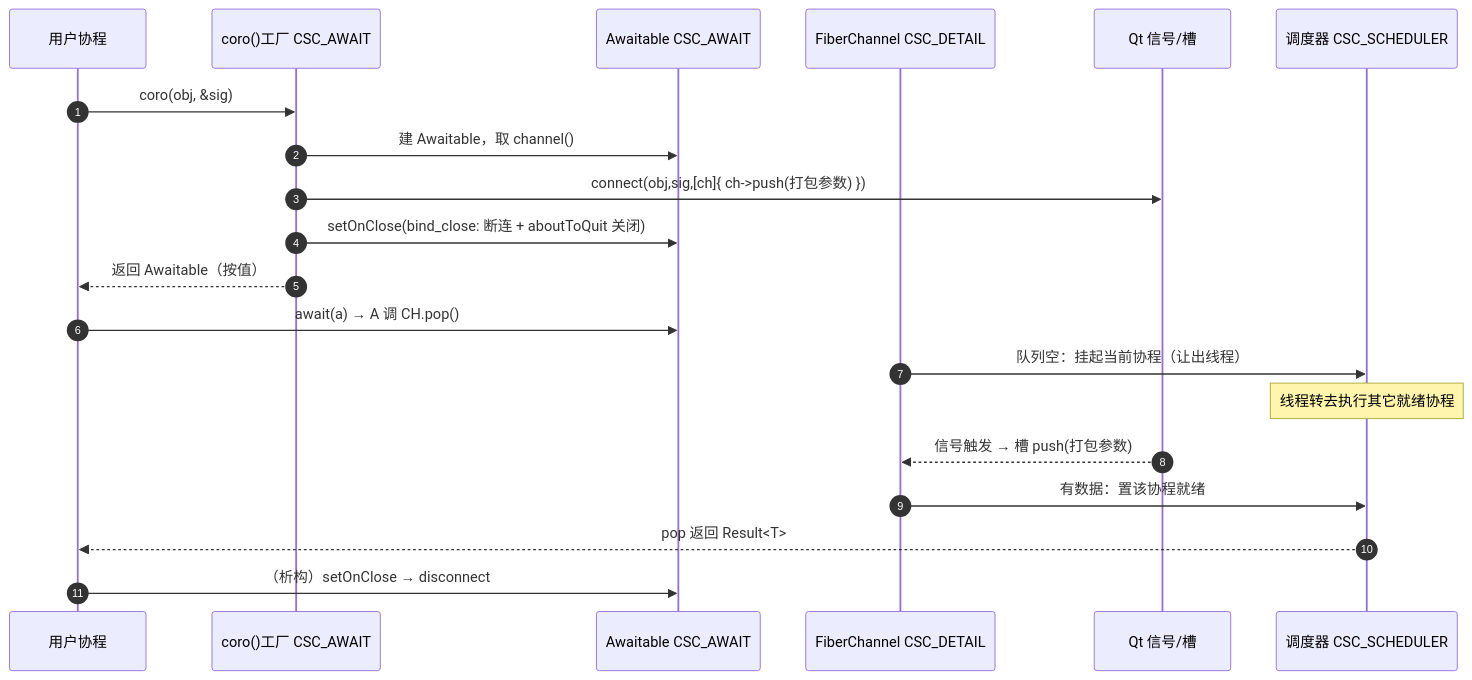
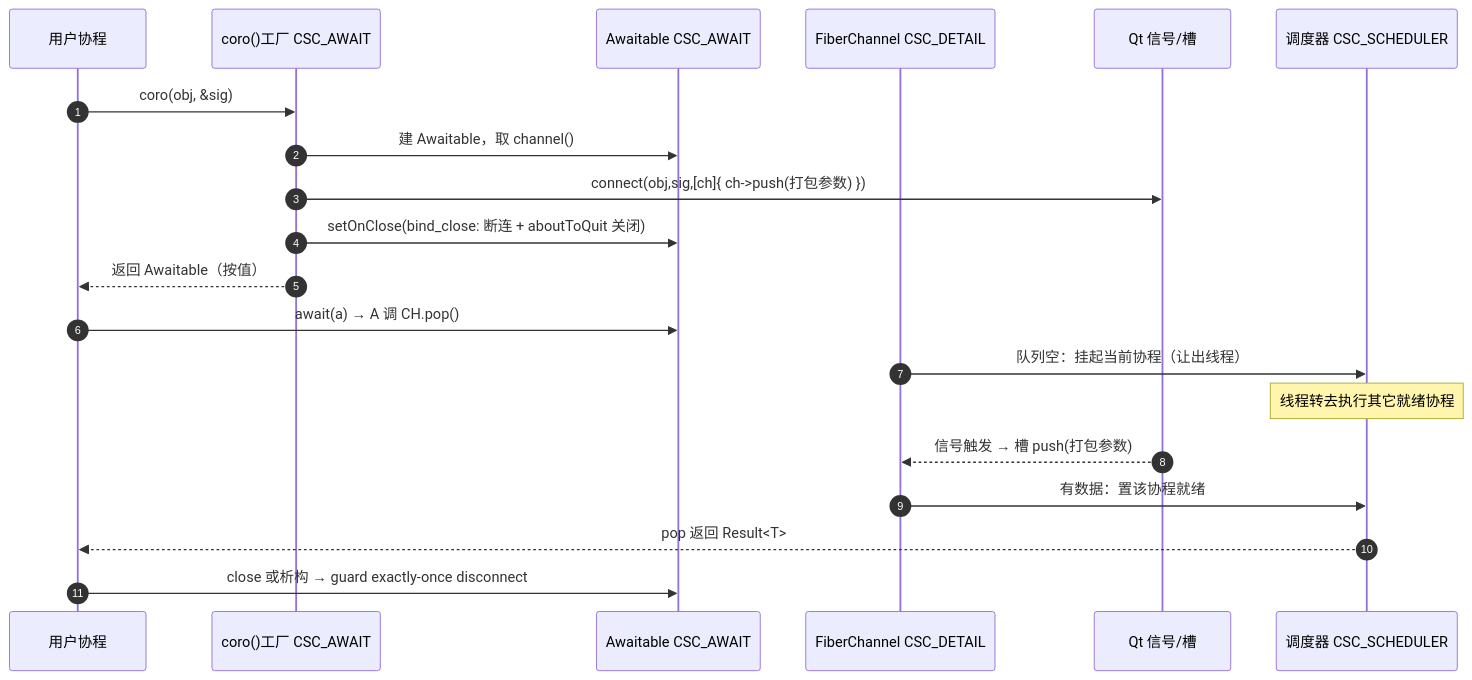
The ninth of 16 diagrams in doc/软件设计说明.md (Ste7an-cs/AsyncTask), drawn with Mermaid before and after one commit. The commit also changed other lines of this file and 2 other files, not shown here.

````diff
--- a/doc/软件设计说明.md
+++ b/doc/软件设计说明.md
@@ -423,23 +428,23 @@
 ```mermaid
 sequenceDiagram
     autonumber
     participant U as 用户协程
     participant F as coro()工厂 CSC_AWAIT
     participant A as Awaitable CSC_AWAIT
     participant CH as FiberChannel CSC_DETAIL
     participant Q as Qt 信号/槽
     participant S as 调度器 CSC_SCHEDULER
 
     U->>F: coro(obj, &sig)
     F->>A: 建 Awaitable，取 channel()
     F->>Q: connect(obj,sig,[ch]{ ch->push(打包参数) })
     F->>A: setOnClose(bind_close: 断连 + aboutToQuit 关闭)
     F-->>U: 返回 Awaitable（按值）
     U->>A: await(a) → A 调 CH.pop()
     CH->>S: 队列空：挂起当前协程（让出线程）
     Note over S: 线程转去执行其它就绪协程
     Q-->>CH: 信号触发 → 槽 push(打包参数)
     CH->>S: 有数据：置该协程就绪
     S-->>U: pop 返回 Result<T>
-    U->>A: （析构）setOnClose → disconnect
+    U->>A: close 或析构 → guard exactly-once disconnect
 ```
````
